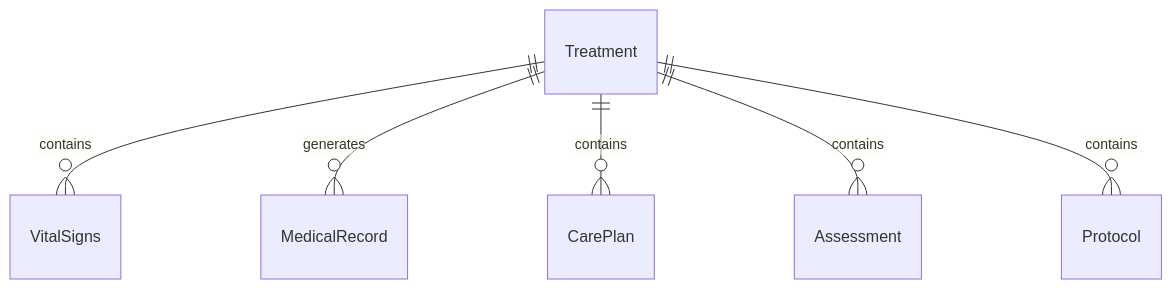
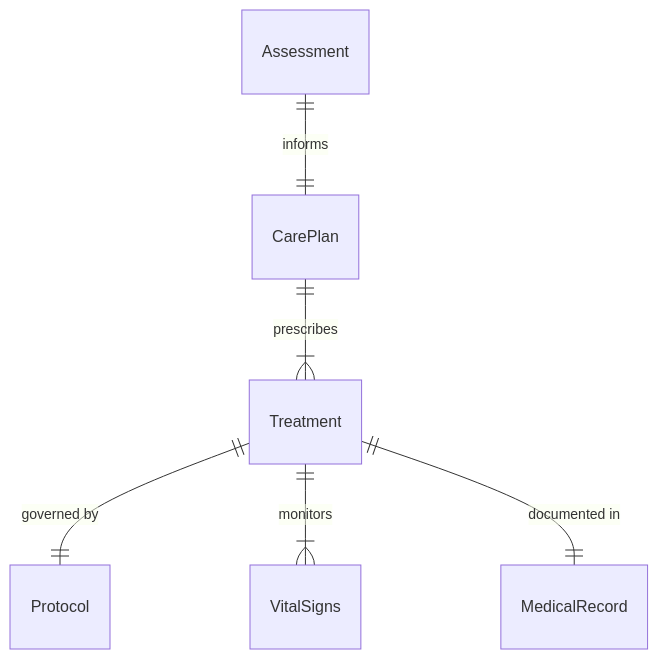
Before and after one commit to dot-org-ai/tasks.org.ai: the first of 4 diagrams in AssistingAndCaringForOthers/AdministerBasicHealthCareOrMedicalTreatments/AdministerBasicHealthCareMedical.mdx, drawn with Mermaid. The commit also changed other lines of this file and 32 other files, not shown here.

First line of the commit message:
fix: Improve ER and State diagrams in 32 AssistingAndCaringForOthers DWA files

````diff
--- a/AssistingAndCaringForOthers/AdministerBasicHealthCareOrMedicalTreatments/AdministerBasicHealthCareMedical.mdx
+++ b/AssistingAndCaringForOthers/AdministerBasicHealthCareOrMedicalTreatments/AdministerBasicHealthCareMedical.mdx
@@ -88,8 +88,8 @@
 ```mermaid
 erDiagram
-    Treatment ||--o{ VitalSigns : contains
-    Treatment ||--o{ MedicalRecord : generates
-    Treatment ||--o{ CarePlan : contains
-    Treatment ||--o{ Assessment : contains
-    Treatment ||--o{ Protocol : contains
+    Assessment ||--|| CarePlan : informs
+    CarePlan ||--|{ Treatment : prescribes
+    Treatment ||--|| Protocol : "governed by"
+    Treatment ||--|{ VitalSigns : monitors
+    Treatment ||--|| MedicalRecord : "documented in"
 ```
````
